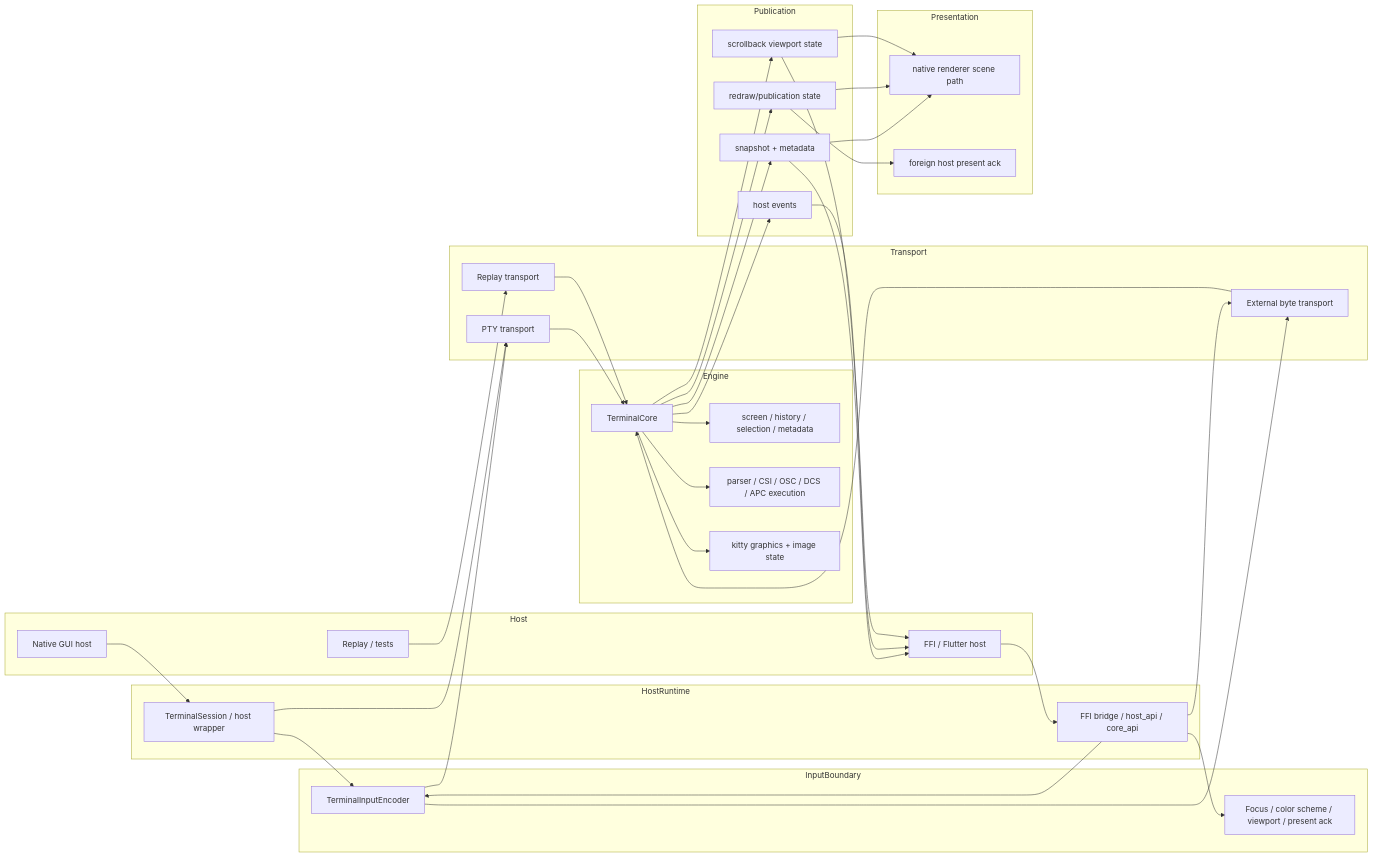
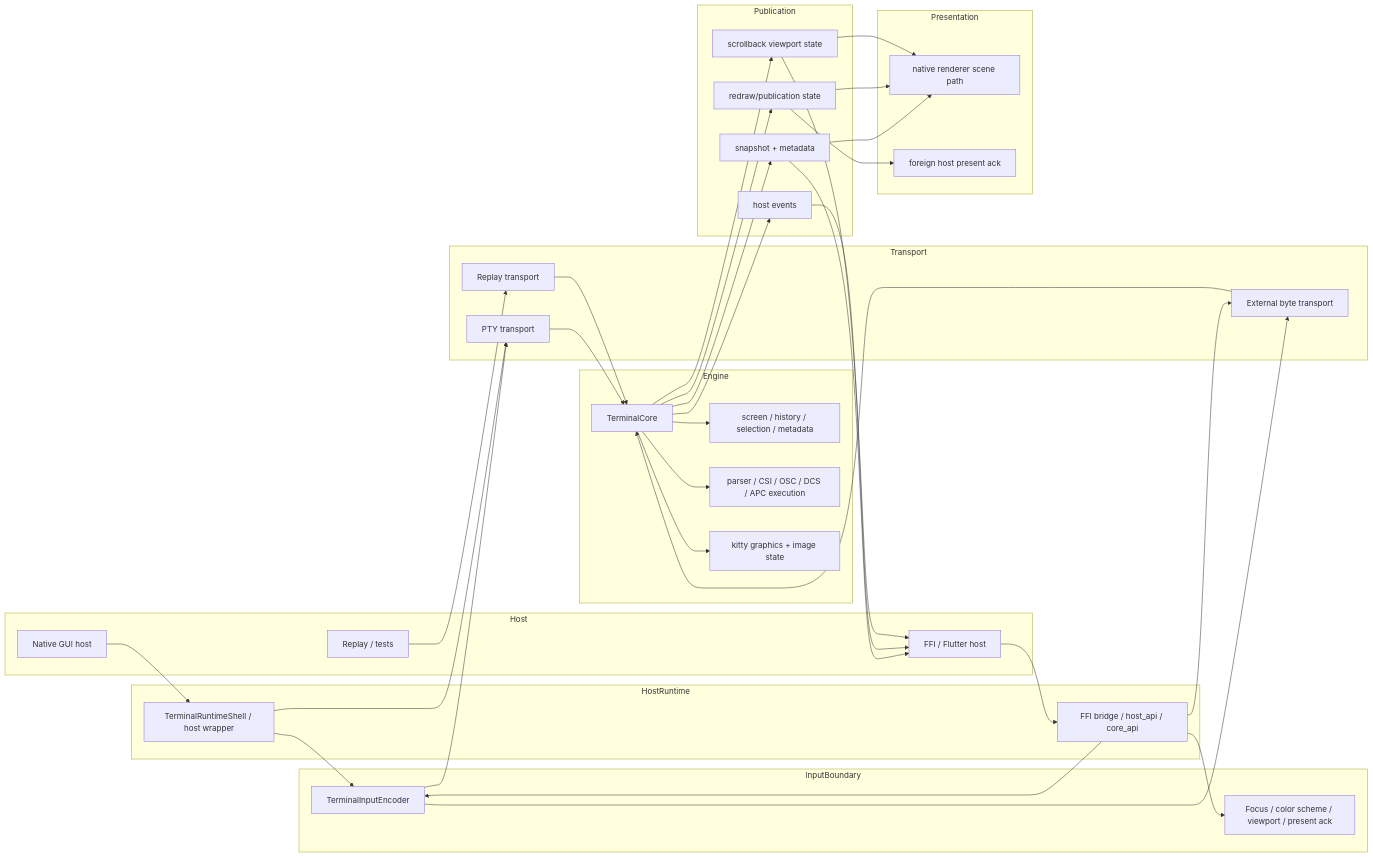
The second of 4 diagrams in app_architecture/terminal/TERMINAL_SUBSYSTEM_LAYERS.md (LaurenceGuws/Zide), drawn with Mermaid before and after one commit. The commit also changed other lines of this file and 2 other files, not shown here.

Commit message:
Align VT maturity guidance across doc index

````diff
--- a/app_architecture/terminal/TERMINAL_SUBSYSTEM_LAYERS.md
+++ b/app_architecture/terminal/TERMINAL_SUBSYSTEM_LAYERS.md
@@ -56,77 +57,77 @@
 ```mermaid
 flowchart LR
     subgraph Host
         Native["Native GUI host"]
         FFI["FFI / Flutter host"]
         Replay["Replay / tests"]
     end
 
     subgraph HostRuntime
-        Session["TerminalSession / host wrapper"]
+        Shell["TerminalRuntimeShell / host wrapper"]
         Bridge["FFI bridge / host_api / core_api"]
     end
 
     subgraph InputBoundary
         Encoder["TerminalInputEncoder"]
         HostSignals["Focus / color scheme / viewport / present ack"]
     end
 
     subgraph Transport
         Pty["PTY transport"]
         External["External byte transport"]
         Fixture["Replay transport"]
     end
 
     subgraph Engine
         Core["TerminalCore"]
         Model["screen / history / selection / metadata"]
         Protocol["parser / CSI / OSC / DCS / APC execution"]
         Graphics["kitty graphics + image state"]
     end
 
     subgraph Publication
         Snapshot["snapshot + metadata"]
         Events["host events"]
         Redraw["redraw/publication state"]
         Viewport["scrollback viewport state"]
     end
 
     subgraph Presentation
         NativeRender["native renderer scene path"]
         ForeignPresent["foreign host present ack"]
     end
 
-    Native --> Session
+    Native --> Shell
     FFI --> Bridge
     Replay --> Fixture
 
-    Session --> Encoder
-    Session --> Pty
+    Shell --> Encoder
+    Shell --> Pty
     Bridge --> Encoder
     Bridge --> External
     Bridge --> HostSignals
 
     Encoder --> Pty
     Encoder --> External
 
     Pty --> Core
     External --> Core
     Fixture --> Core
 
     Core --> Model
     Core --> Protocol
     Core --> Graphics
 
     Core --> Snapshot
     Core --> Events
     Core --> Redraw
     Core --> Viewport
 
     Snapshot --> NativeRender
     Snapshot --> FFI
     Events --> FFI
     Redraw --> NativeRender
     Redraw --> ForeignPresent
     Viewport --> NativeRender
     Viewport --> FFI
 ```
````
